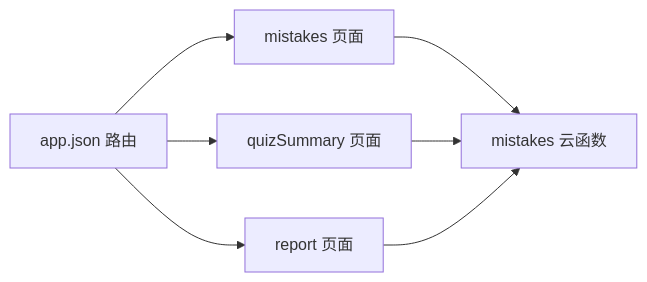
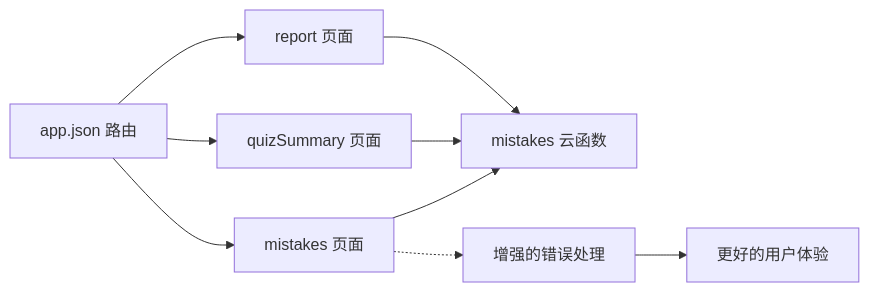
The eighth of 8 diagrams in .qoder/repowiki/zh/content/核心功能模块/错题管理系统.md (cwb7756/bio), drawn with Mermaid before and after one commit. The commit also changed other lines of this file and 14 other files, not shown here.

First line of the commit message:
feat(knowledgeMap): 增强知识图谱功能，新增种子数据生成器

````diff
--- a/.qoder/repowiki/zh/content/核心功能模块/错题管理系统.md
+++ b/.qoder/repowiki/zh/content/核心功能模块/错题管理系统.md
@@ -326,9 +390,11 @@
 ```mermaid
 graph LR
 App["app.json 路由"] --> MistakesPage["mistakes 页面"]
 App --> QuizSummaryPage["quizSummary 页面"]
 App --> ReportPage["report 页面"]
 MistakesPage --> MistakesCF["mistakes 云函数"]
 QuizSummaryPage --> MistakesCF
 ReportPage --> MistakesCF
+MistakesPage -.-> ErrorHandling["增强的错误处理"]
+ErrorHandling --> BetterUX["更好的用户体验"]
 ```
````
